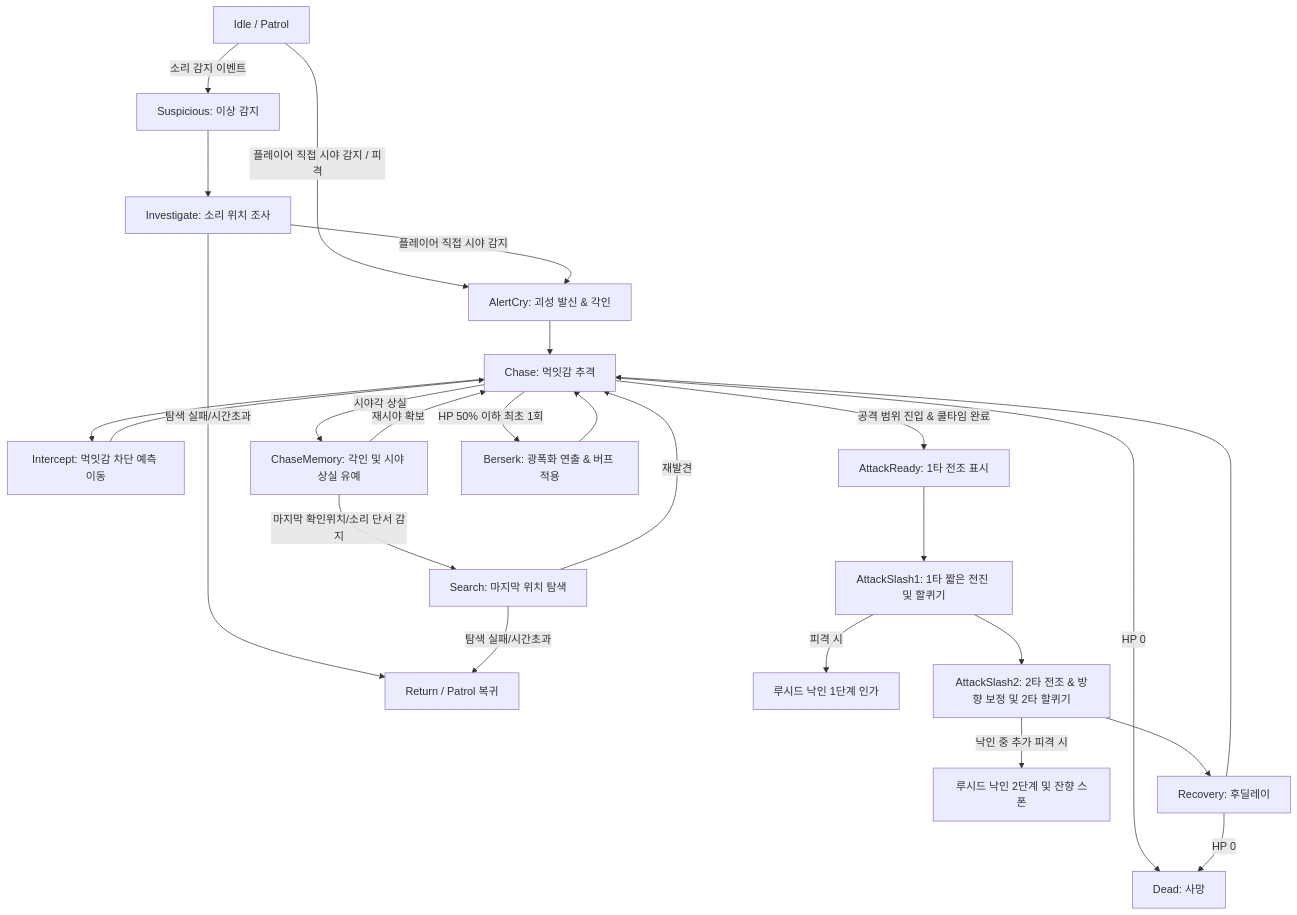
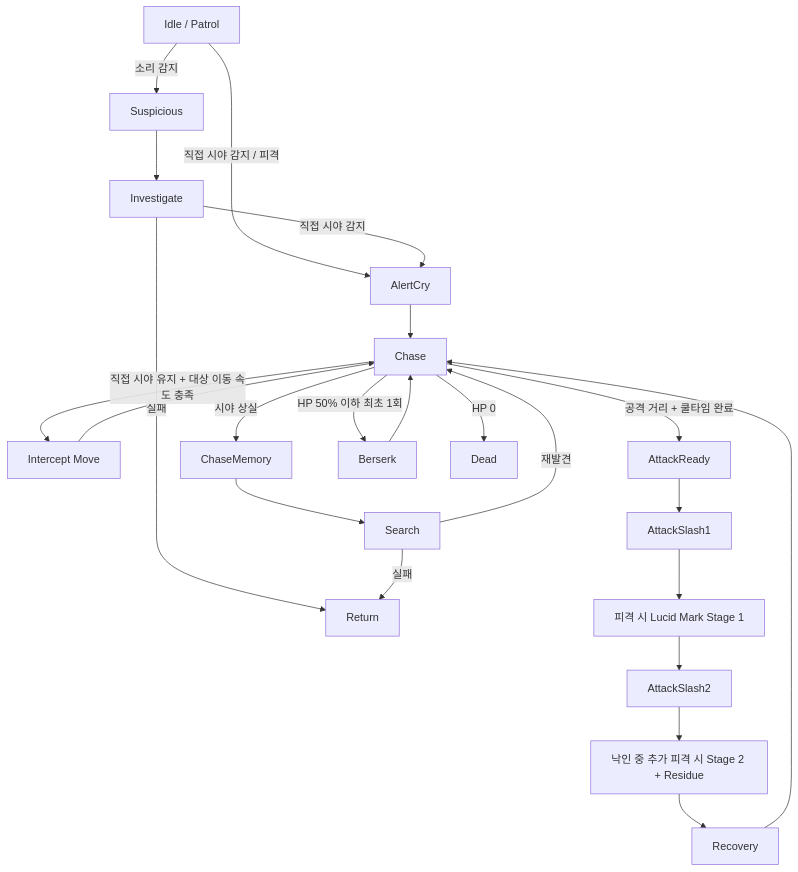
The diagram in LucidDiver_Document/검수/P0.5_꿈식자_에너미_연동_명세서_v1.0.0.md (Jin-o12/Document_LucidDiver), drawn with Mermaid before and after one commit. The commit also changed other lines of this file, not shown here.

````diff
--- a/LucidDiver_Document/검수/P0.5_꿈식자_에너미_연동_명세서_v1.0.0.md
+++ b/LucidDiver_Document/검수/P0.5_꿈식자_에너미_연동_명세서_v1.0.0.md
@@ -51,33 +32,30 @@
 ```mermaid
 flowchart TD
-    Idle[Idle / Patrol] -->|플레이어 직접 시야 감지 / 피격| AlertCry[AlertCry: 괴성 발신 & 각인]
-    Idle -->|소리 감지 이벤트| Suspicious[Suspicious: 이상 감지]
-    Suspicious --> Investigate[Investigate: 소리 위치 조사]
-    Investigate -->|플레이어 직접 시야 감지| AlertCry
-    Investigate -->|탐색 실패/시간초과| Return[Return / Patrol 복귀]
-    
-    AlertCry --> Chase[Chase: 먹잇감 추격]
-    Chase --> Intercept[Intercept: 먹잇감 차단 예측 이동]
-    Intercept --> Chase
-    
-    Chase -->|공격 범위 진입 & 쿨타임 완료| AttackReady[AttackReady: 1타 전조 표시]
-    
-    AttackReady --> AttackSlash1[AttackSlash1: 1타 짧은 전진 및 할퀴기]
-    AttackSlash1 -->|피격 시| LucidMark1[루시드 낙인 1단계 인가]
-    AttackSlash1 --> AttackSlash2[AttackSlash2: 2타 전조 & 방향 보정 및 2타 할퀴기]
-    AttackSlash2 -->|낙인 중 추가 피격 시| LucidMark2[루시드 낙인 2단계 및 잔향 스폰]
-    AttackSlash2 --> Recovery[Recovery: 후딜레이]
+    Idle[Idle / Patrol] -->|직접 시야 감지 / 피격| AlertCry[AlertCry]
+    Idle -->|소리 감지| Suspicious[Suspicious]
+    Suspicious --> Investigate[Investigate]
+    Investigate -->|직접 시야 감지| AlertCry
+    Investigate -->|실패| Return[Return]
+
+    AlertCry --> Chase[Chase]
+    Chase -->|직접 시야 유지 + 대상 이동 속도 충족| InterceptMove[Intercept Move]
+    InterceptMove --> Chase
+
+    Chase -->|공격 거리 + 쿨타임 완료| AttackReady[AttackReady]
+    AttackReady --> AttackSlash1[AttackSlash1]
+    AttackSlash1 --> OnHitMark1[피격 시 Lucid Mark Stage 1]
+    OnHitMark1 --> AttackSlash2[AttackSlash2]
+    AttackSlash2 --> OnHitMark2[낙인 중 추가 피격 시 Stage 2 + Residue]
+    OnHitMark2 --> Recovery[Recovery]
     Recovery --> Chase
-    
-    Chase -->|시야각 상실| ChaseMemory[ChaseMemory: 각인 및 시야 상실 유예]
-    ChaseMemory -->|마지막 확인위치/소리 단서 감지| Search[Search: 마지막 위치 탐색]
-    ChaseMemory -->|재시야 확보| Chase
+
+    Chase -->|시야 상실| ChaseMemory[ChaseMemory]
+    ChaseMemory --> Search[Search]
     Search -->|재발견| Chase
-    Search -->|탐색 실패/시간초과| Return
-    
-    Chase -->|HP 50% 이하 최초 1회| Berserk[Berserk: 광폭화 연출 & 버프 적용]
+    Search -->|실패| Return
+
+    Chase -->|HP 50% 이하 최초 1회| Berserk[Berserk]
     Berserk --> Chase
-    
-    Chase -->|HP 0| Dead[Dead: 사망]
-    Recovery -->|HP 0| Dead
+
+    Chase -->|HP 0| Dead[Dead]
 ```
````
